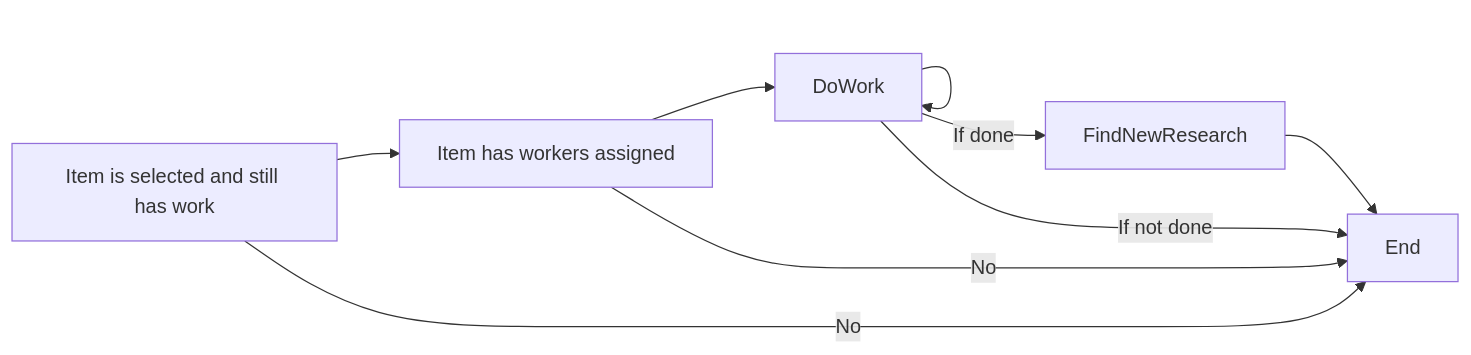
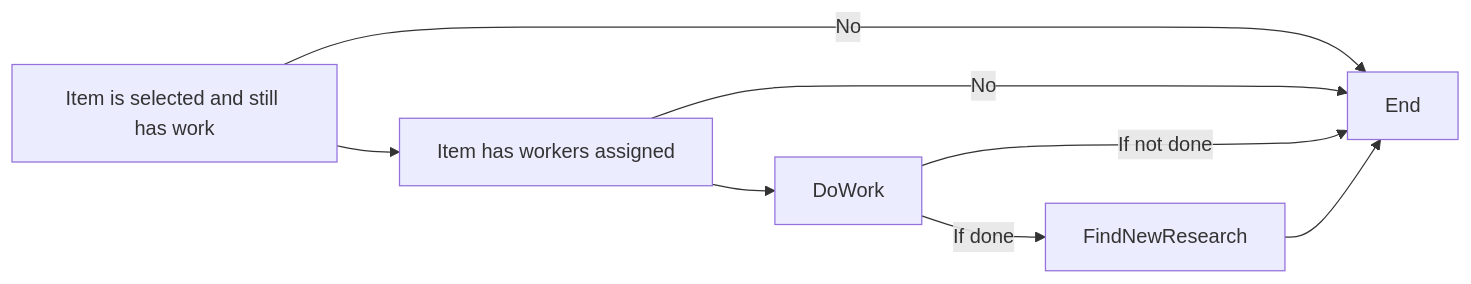
The first of 3 diagrams in README.md (samsmithnz/ResearchTree), drawn with Mermaid before and after one commit.

````diff
--- a/README.md
+++ b/README.md
@@ -5,16 +5,15 @@
 ```mermaid
 graph LR;
   IfItemSelected[Item is selected and still has work]
   IfWorkersAssigned[Item has workers assigned]
   DoWork
   FindNewResearch
   End
   IfItemSelected-->IfWorkersAssigned
   IfItemSelected--"No"-->End
   IfWorkersAssigned-->DoWork
   IfWorkersAssigned--"No"-->End
-  DoWork-->DoWork
   DoWork--"If done"-->FindNewResearch
   DoWork--"If not done"-->End
   FindNewResearch-->End
 ```
````
